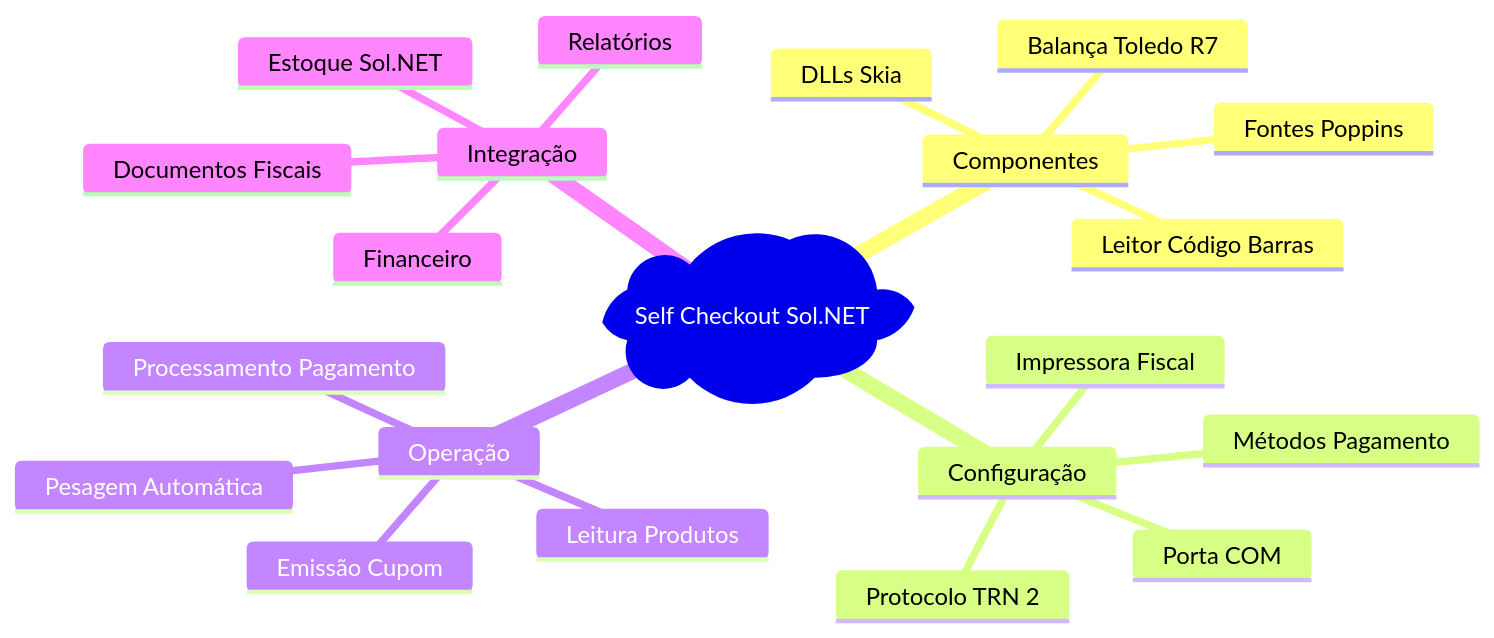
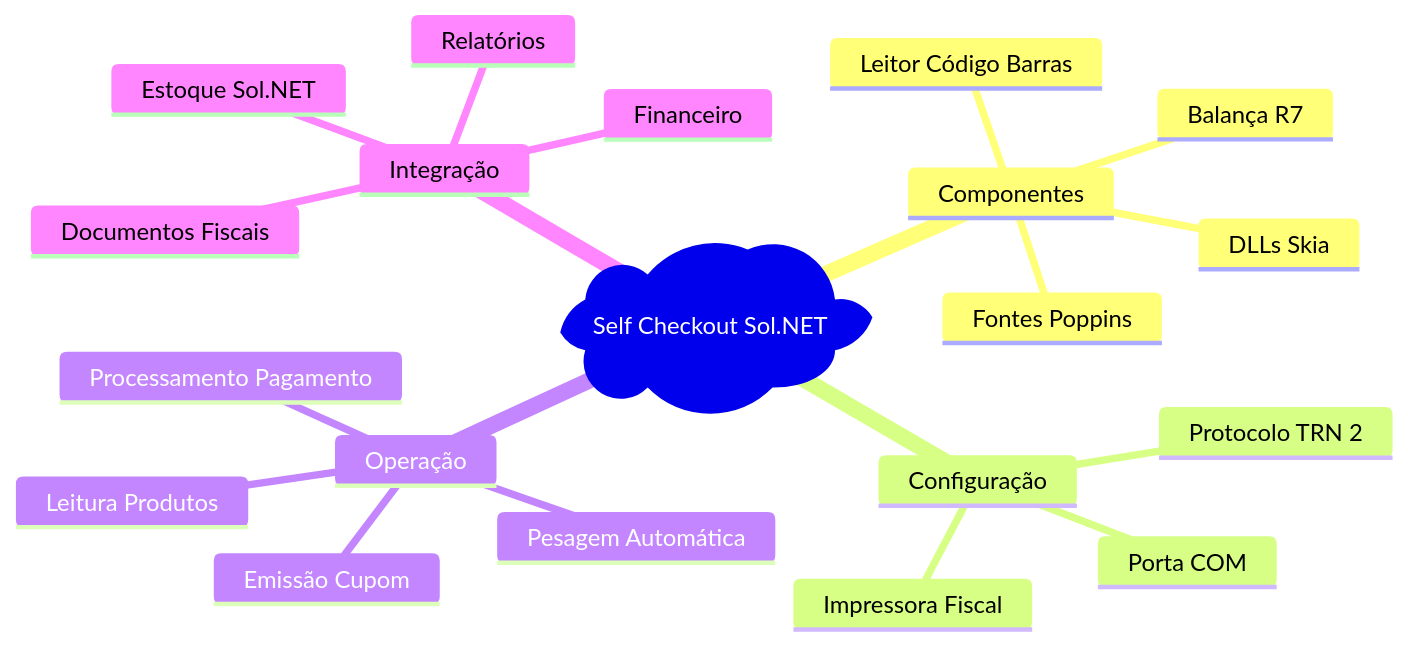
One commit to hetosoft/documentacao-solnet changed the diagram in SelfCheckout/README.md. Above: the diagram before and after it, drawn with Mermaid. The commit also changed other lines of this file and 2 other files, not shown here.

````diff
--- a/SelfCheckout/README.md
+++ b/SelfCheckout/README.md
@@ -98,24 +97,23 @@
 ```mermaid
 mindmap
   root)Self Checkout Sol.NET(
     Componentes
       DLLs Skia
       Fontes Poppins
-      Balança Toledo R7
+      Balança R7
       Leitor Código Barras
     Configuração
       Porta COM
       Protocolo TRN 2
-      Métodos Pagamento
       Impressora Fiscal
     Operação
       Leitura Produtos
       Pesagem Automática
       Processamento Pagamento
       Emissão Cupom
     Integração
       Estoque Sol.NET
       Financeiro
       Documentos Fiscais
       Relatórios
 ```
````
